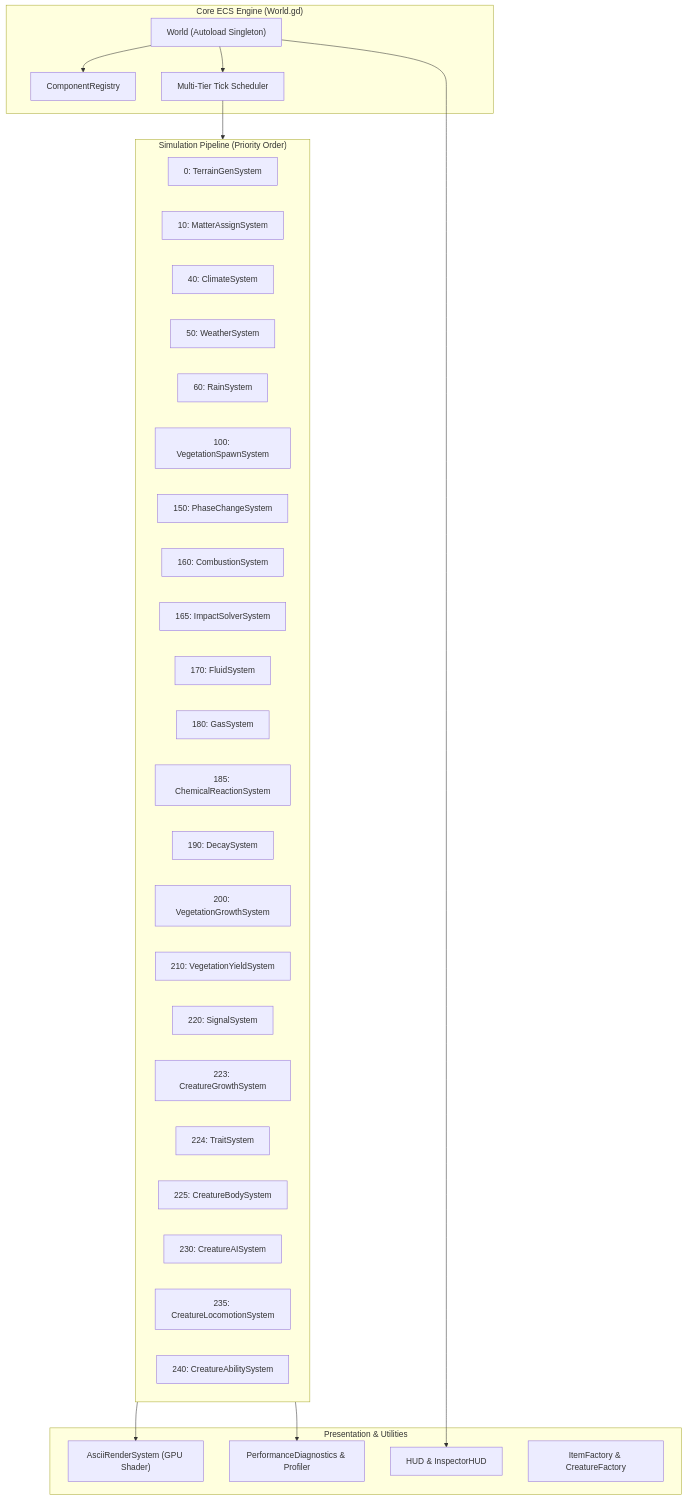
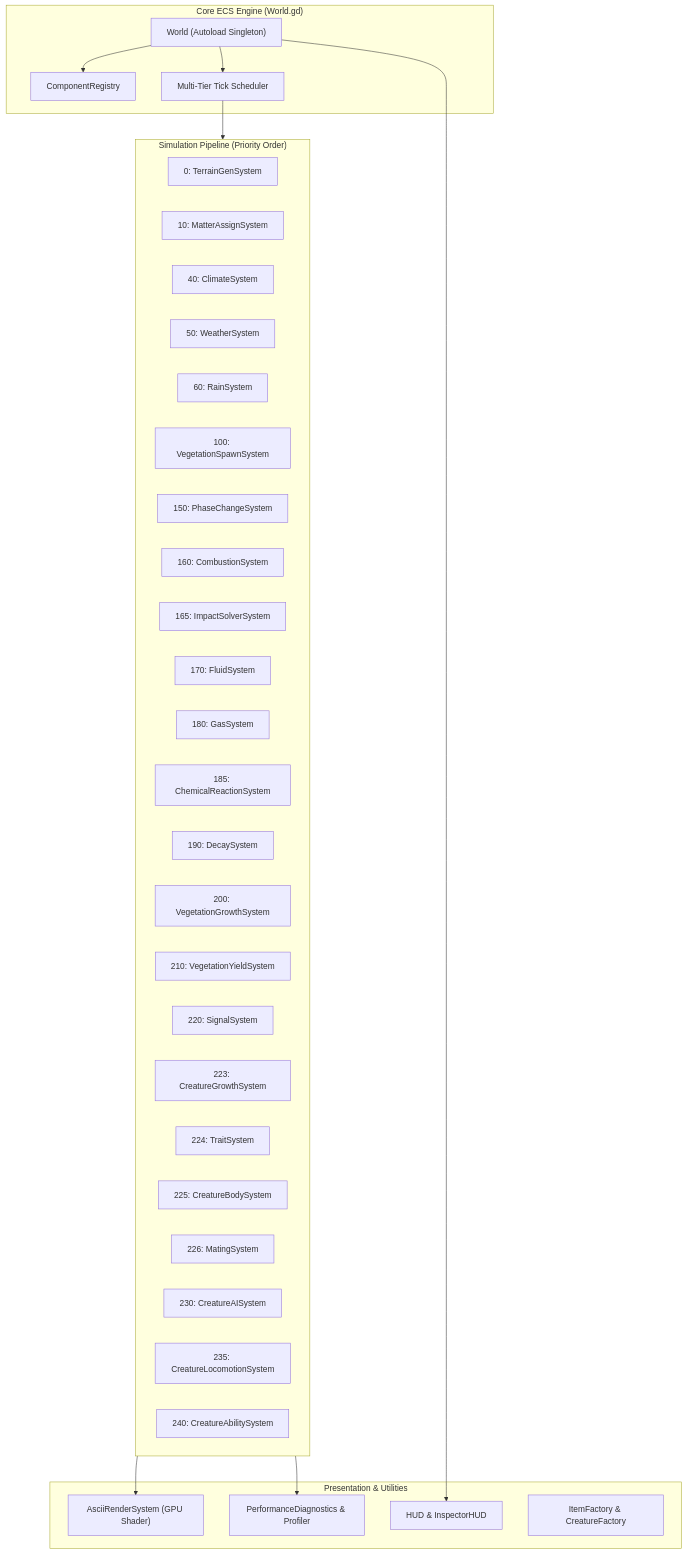
Before and after one commit to chryote/spire: the diagram in SUMMARY.md, drawn with Mermaid. The commit also changed other lines of this file and 27 other files, not shown here.

Commit message:
feat: add mating system

````diff
--- a/SUMMARY.md
+++ b/SUMMARY.md
@@ -11,47 +11,48 @@
 ```mermaid
 flowchart TD
     subgraph Core ["Core ECS Engine (World.gd)"]
         World["World (Autoload Singleton)"]
         Reg["ComponentRegistry"]
         Sched["Multi-Tier Tick Scheduler"]
     end
 
     subgraph Pipeline ["Simulation Pipeline (Priority Order)"]
         T0["0: TerrainGenSystem"]
         T10["10: MatterAssignSystem"]
         T40["40: ClimateSystem"]
         T50["50: WeatherSystem"]
         T60["60: RainSystem"]
         T100["100: VegetationSpawnSystem"]
         T150["150: PhaseChangeSystem"]
         T160["160: CombustionSystem"]
         T165["165: ImpactSolverSystem"]
         T170["170: FluidSystem"]
         T180["180: GasSystem"]
         T185["185: ChemicalReactionSystem"]
         T190["190: DecaySystem"]
         T200["200: VegetationGrowthSystem"]
         T210["210: VegetationYieldSystem"]
         T220["220: SignalSystem"]
         T223["223: CreatureGrowthSystem"]
         T224["224: TraitSystem"]
         T225["225: CreatureBodySystem"]
+        T226["226: MatingSystem"]
         T230["230: CreatureAISystem"]
         T235["235: CreatureLocomotionSystem"]
         T240["240: CreatureAbilitySystem"]
     end
 
     subgraph Peripherals ["Presentation & Utilities"]
         Render["AsciiRenderSystem (GPU Shader)"]
         Diag["PerformanceDiagnostics & Profiler"]
         HUD_UI["HUD & InspectorHUD"]
         Factories["ItemFactory & CreatureFactory"]
     end
 
     World --> Reg
     World --> Sched
     Sched --> Pipeline
     Pipeline --> Render
     Pipeline --> Diag
     World --> HUD_UI
 ```
````
